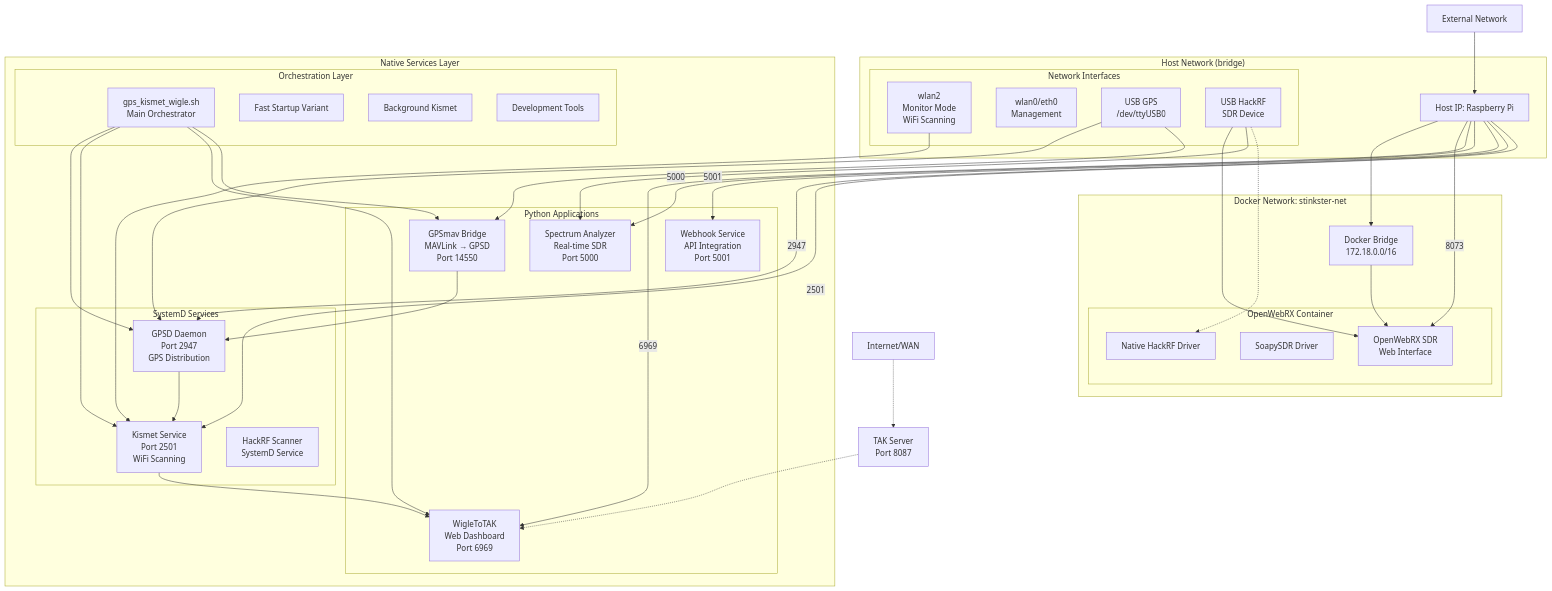
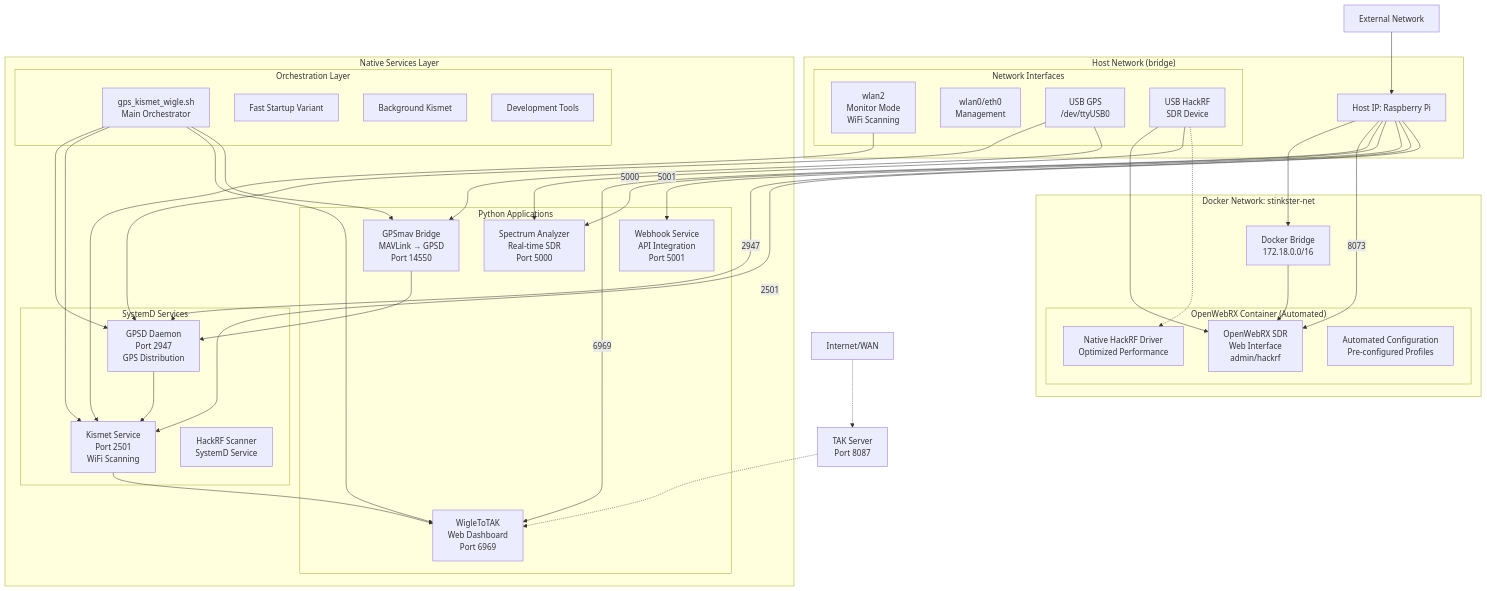
Before and after one commit to Graveside2022/Stinky: the first of 13 diagrams in docs/api/02-service-mesh.md, drawn with Mermaid. The commit also changed 86 other files, not shown here.

First line of the commit message:
feat: Add comprehensive HackRF SDR integration with OpenWebRX

```diff
--- a/docs/api/02-service-mesh.md
+++ b/docs/api/02-service-mesh.md
@@ -33,10 +33,10 @@
         DockerBridge[Docker Bridge<br/>172.18.0.0/16]
         
         %% OpenWebRX Container
-        subgraph "OpenWebRX Container"
-            OpenWebRX[OpenWebRX SDR<br/>Web Interface]
-            SoapySDR[SoapySDR Driver]
-            HackRFDriver[Native HackRF Driver]
+        subgraph "OpenWebRX Container (Automated)"
+            OpenWebRX[OpenWebRX SDR<br/>Web Interface<br/>admin/hackrf]
+            HackRFDriver[Native HackRF Driver<br/>Optimized Performance]
+            AutoConfig[Automated Configuration<br/>Pre-configured Profiles]
         end
     end
     
```
